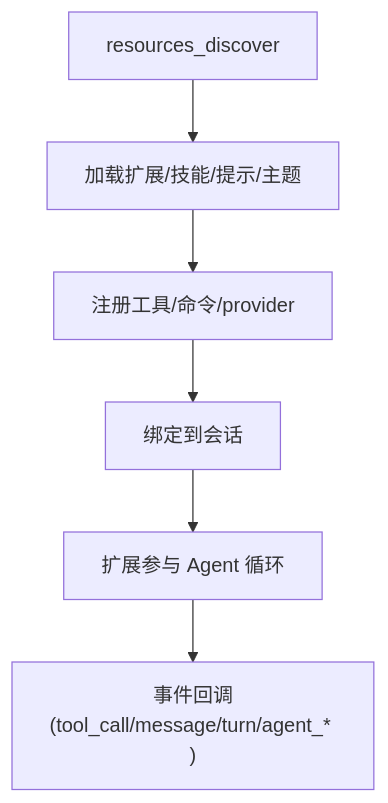
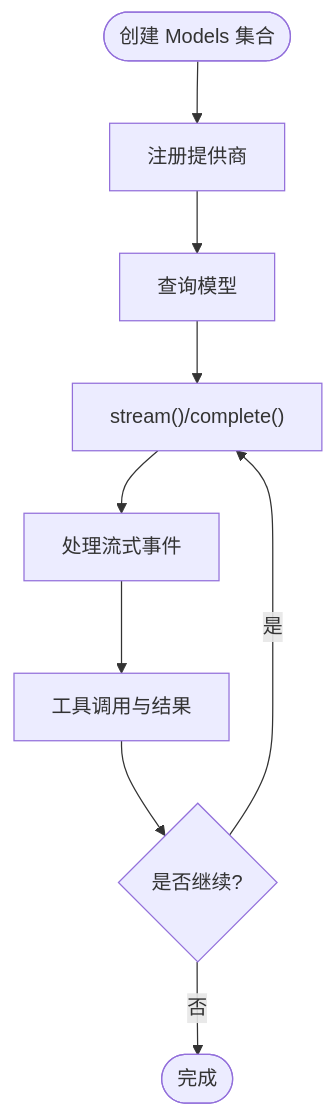
One commit to FDE-GROUP/oh-my-coding-agent changed the sixth of 8 diagrams in .qoder/repowiki/zh/content/项目概述/项目概述.md. Above: the diagram before and after it, drawn with Mermaid. The commit also changed other lines of this file and 755 other files, not shown here.

````diff
--- a/.qoder/repowiki/zh/content/项目概述/项目概述.md
+++ b/.qoder/repowiki/zh/content/项目概述/项目概述.md
@@ -323,8 +217,11 @@
 ```mermaid
 flowchart TD
-Discover["resources_discover"] --> Load["加载扩展/技能/提示/主题"]
-Load --> Register["注册工具/命令/provider"]
-Register --> Bind["绑定到会话"]
-Bind --> Run["扩展参与 Agent 循环"]
-Run --> Events["事件回调(tool_call/message/turn/agent_* )"]
+Start(["创建 Models 集合"]) --> Register["注册提供商"]
+Register --> Query["查询模型"]
+Query --> Stream["stream()/complete()"]
+Stream --> Events["处理流式事件"]
+Events --> Tools["工具调用与结果"]
+Tools --> Continue{"是否继续?"}
+Continue --> |是| Stream
+Continue --> |否| End(["完成"])
 ```
````
